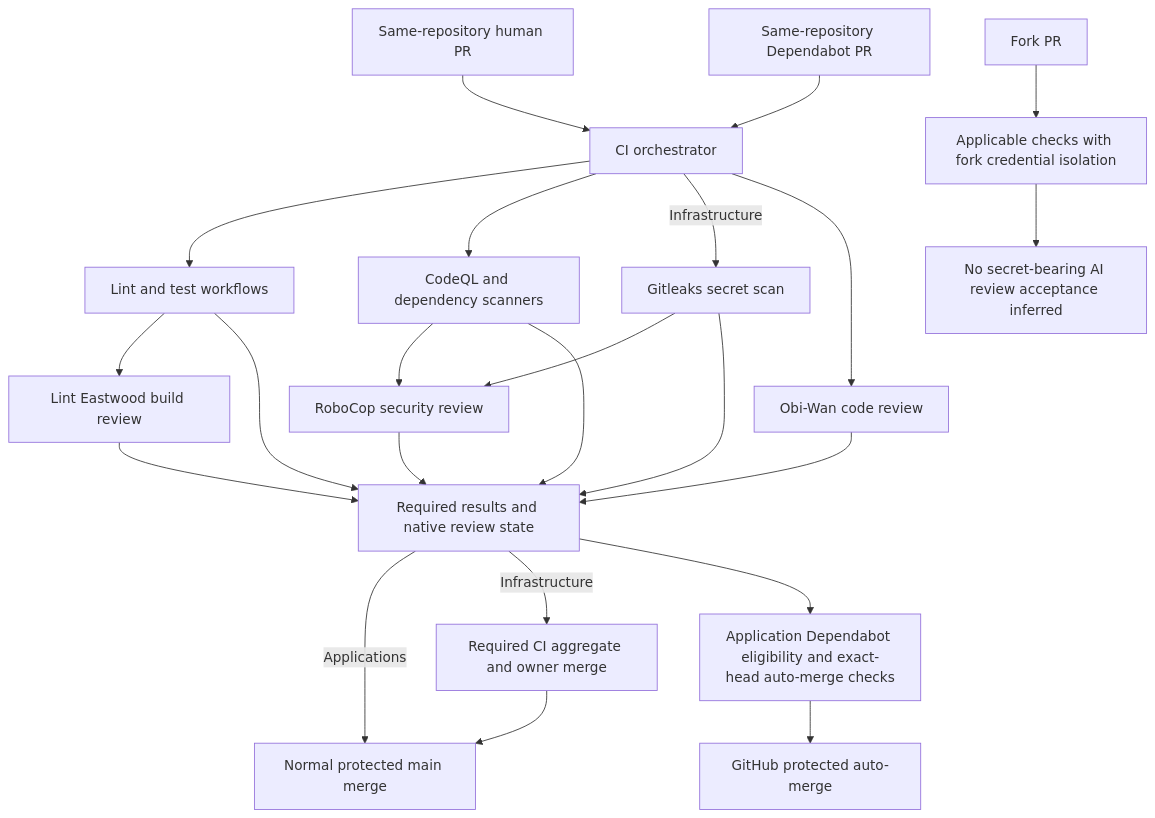
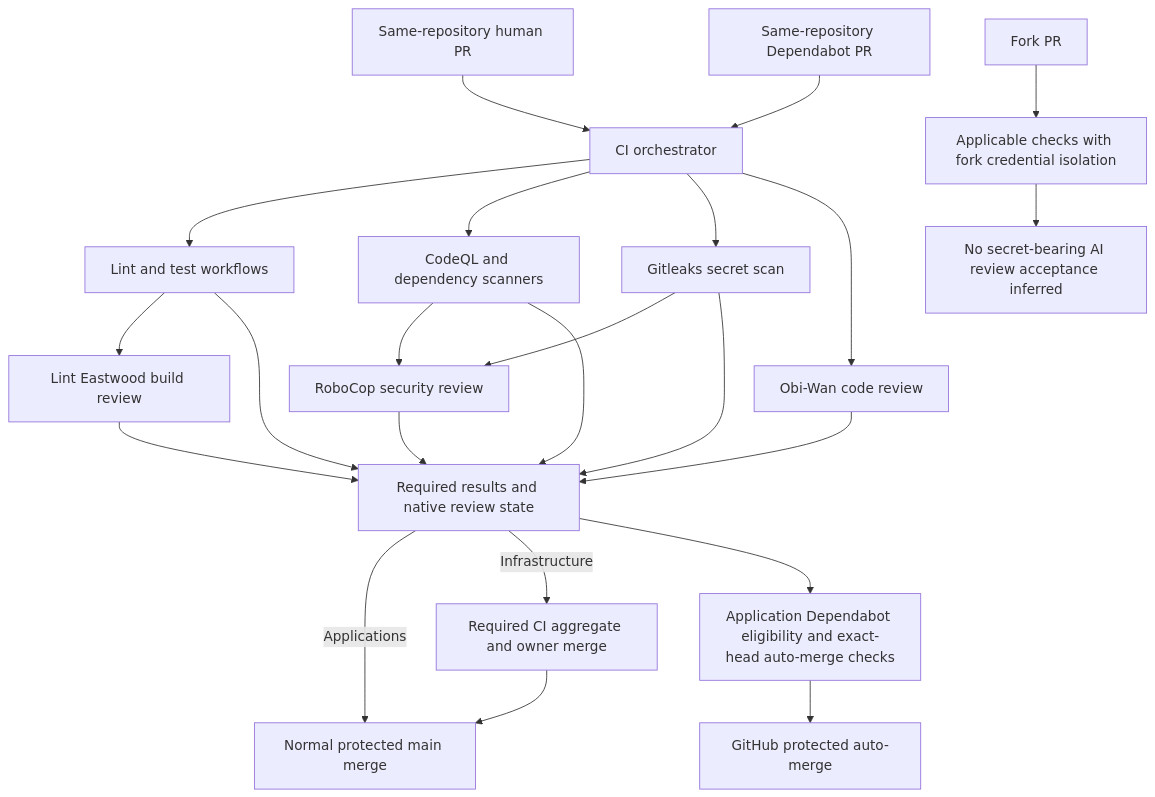
The first of 4 diagrams in .github/workflows/README.md (VanillaIceCube/JudeAndrewAlabaInfrastructure), drawn with Mermaid before and after one commit. The commit also changed other lines of this file and 1 other file, not shown here.

Commit message:
Document the shared secret scan gate

````diff
--- a/.github/workflows/README.md
+++ b/.github/workflows/README.md
@@ -401,25 +401,25 @@
 ```mermaid
 flowchart TD
   Human[Same-repository human PR] --> CI[CI orchestrator]
   Dependabot[Same-repository Dependabot PR] --> CI
   Fork[Fork PR] --> Isolated[Applicable checks with fork credential isolation]
   CI --> LintTest[Lint and test workflows]
   CI --> Scanners[CodeQL and dependency scanners]
-  CI -->|Infrastructure| Secrets[Gitleaks secret scan]
+  CI --> Secrets[Gitleaks secret scan]
   Secrets --> Robo
   Secrets --> Gate
   CI --> Obi[Obi-Wan code review]
   LintTest --> Lint[Lint Eastwood build review]
   Scanners --> Robo[RoboCop security review]
   Obi --> Gate[Required results and native review state]
   Lint --> Gate
   Robo --> Gate
   LintTest --> Gate
   Scanners --> Gate
   Isolated --> ForkEvidence[No secret-bearing AI review acceptance inferred]
   Gate -->|Applications| Main[Normal protected main merge]
   Gate -->|Infrastructure| RequiredCI[Required CI aggregate and owner merge]
   RequiredCI --> Main
   Gate --> Auto[Application Dependabot eligibility and exact-head auto-merge checks]
   Auto --> Platform[GitHub protected auto-merge]
 ```
````
